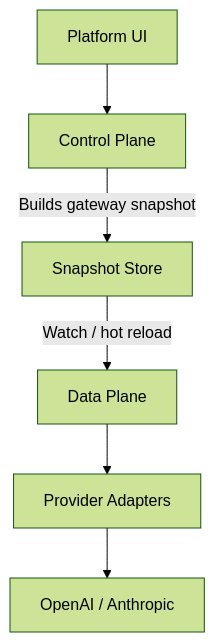
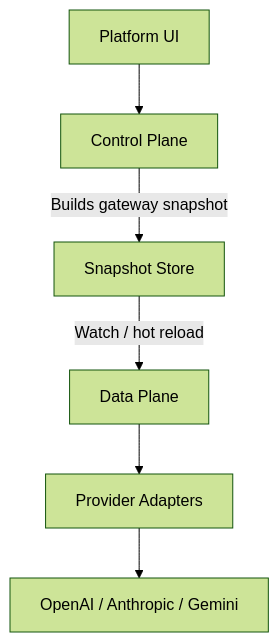
One commit to curefatih/afi changed the diagram in docs/index.md. Above: the diagram before and after it, drawn with Mermaid (forest theme). The commit also changed other lines of this file and 7 other files, not shown here.

````diff
--- a/docs/index.md
+++ b/docs/index.md
@@ -14,15 +14,15 @@
 ```mermaid
 flowchart TB
   UI[Platform UI]
   CP[Control Plane]
   SS[Snapshot Store]
   DP[Data Plane]
   PA[Provider Adapters]
-  OAI[OpenAI / Anthropic]
+  Prov[OpenAI / Anthropic / Gemini]
 
   UI --> CP
   CP -->|Builds gateway snapshot| SS
   SS -->|Watch / hot reload| DP
   DP --> PA
-  PA --> OAI
+  PA --> Prov
 ```
````
